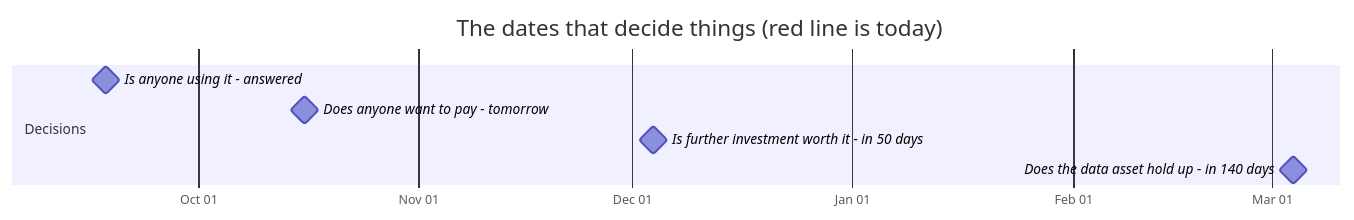
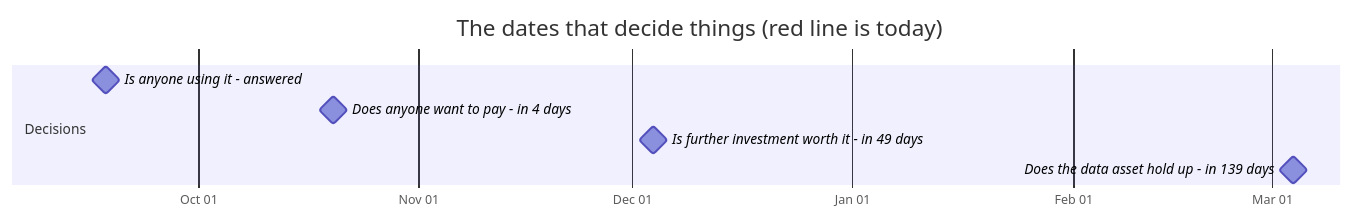
One commit to jakegu1/vetagent changed the first of 2 diagrams in docs/OWNER.md. Above: the diagram before and after it, drawn with Mermaid. The commit also changed other lines of this file, not shown here.

````diff
--- a/docs/OWNER.md
+++ b/docs/OWNER.md
@@ -76,12 +76,12 @@
 ```mermaid
 gantt
     dateFormat YYYY-MM-DD
     axisFormat %b %d
     todayMarker stroke-width:3px,stroke:#d33,stroke-dasharray:0
     title The dates that decide things (red line is today)
     section Decisions
     Is anyone using it - answered :milestone, 2026-09-18, 0d
-    Does anyone want to pay - tomorrow :milestone, 2026-10-16, 0d
-    Is further investment worth it - in 50 days :milestone, 2026-12-04, 0d
-    Does the data asset hold up - in 140 days :milestone, 2027-03-04, 0d
+    Does anyone want to pay - in 4 days :milestone, 2026-10-20, 0d
+    Is further investment worth it - in 49 days :milestone, 2026-12-04, 0d
+    Does the data asset hold up - in 139 days :milestone, 2027-03-04, 0d
 ```
````
